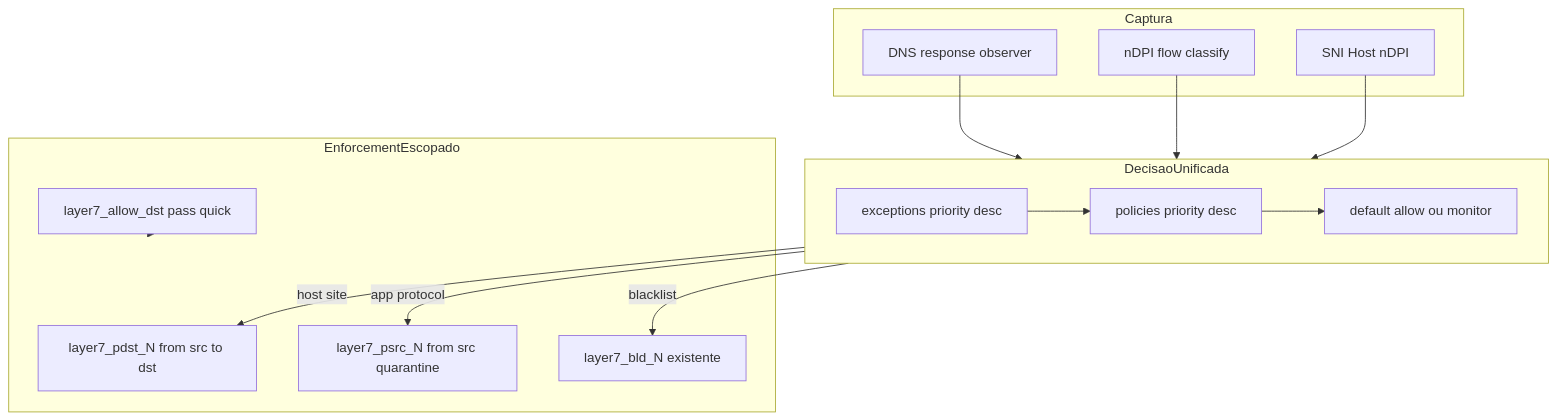
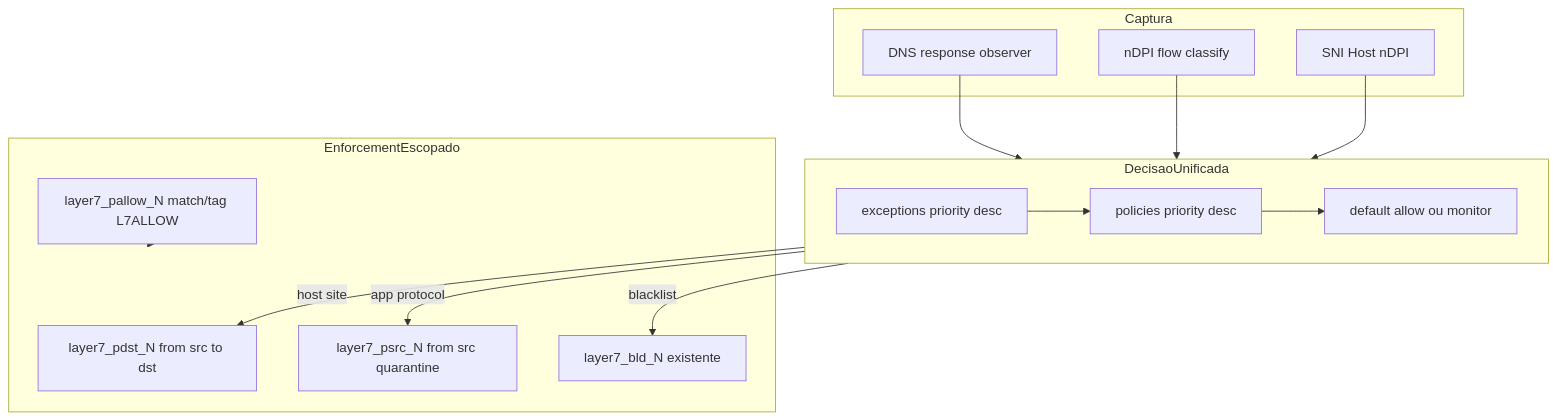
The diagram in docs/09-blocking/plano-enforcement-100-porcento.md (pablomichelin/Layer7), drawn with Mermaid before and after one commit. The commit also changed other lines of this file and 33 other files, not shown here.

Commit message:
fix: enforce Layer7 allow without pfSense bypass

````diff
--- a/docs/09-blocking/plano-enforcement-100-porcento.md
+++ b/docs/09-blocking/plano-enforcement-100-porcento.md
@@ -105,30 +105,30 @@
 ```mermaid
 flowchart TD
   subgraph capture [Captura]
     DNS[DNS response observer]
     NDPI[nDPI flow classify]
     SNI[SNI Host nDPI]
   end
 
   subgraph decide [DecisaoUnificada]
     EXC[exceptions priority desc]
     POL[policies priority desc]
     DEF[default allow ou monitor]
     EXC --> POL --> DEF
   end
 
   subgraph enforce [EnforcementEscopado]
     PDST["layer7_pdst_N from src to dst"]
     PSRC["layer7_psrc_N from src quarantine"]
     BL[layer7_bld_N existente]
-    ALLOW[layer7_allow_dst pass quick]
+    PALLOW["layer7_pallow_N match/tag L7ALLOW"]
   end
 
   DNS --> decide
   NDPI --> decide
   SNI --> decide
-  ALLOW --> enforce
+  PALLOW --> enforce
   decide -->|host site| PDST
   decide -->|app protocol| PSRC
   decide -->|blacklist| BL
 ```
````
